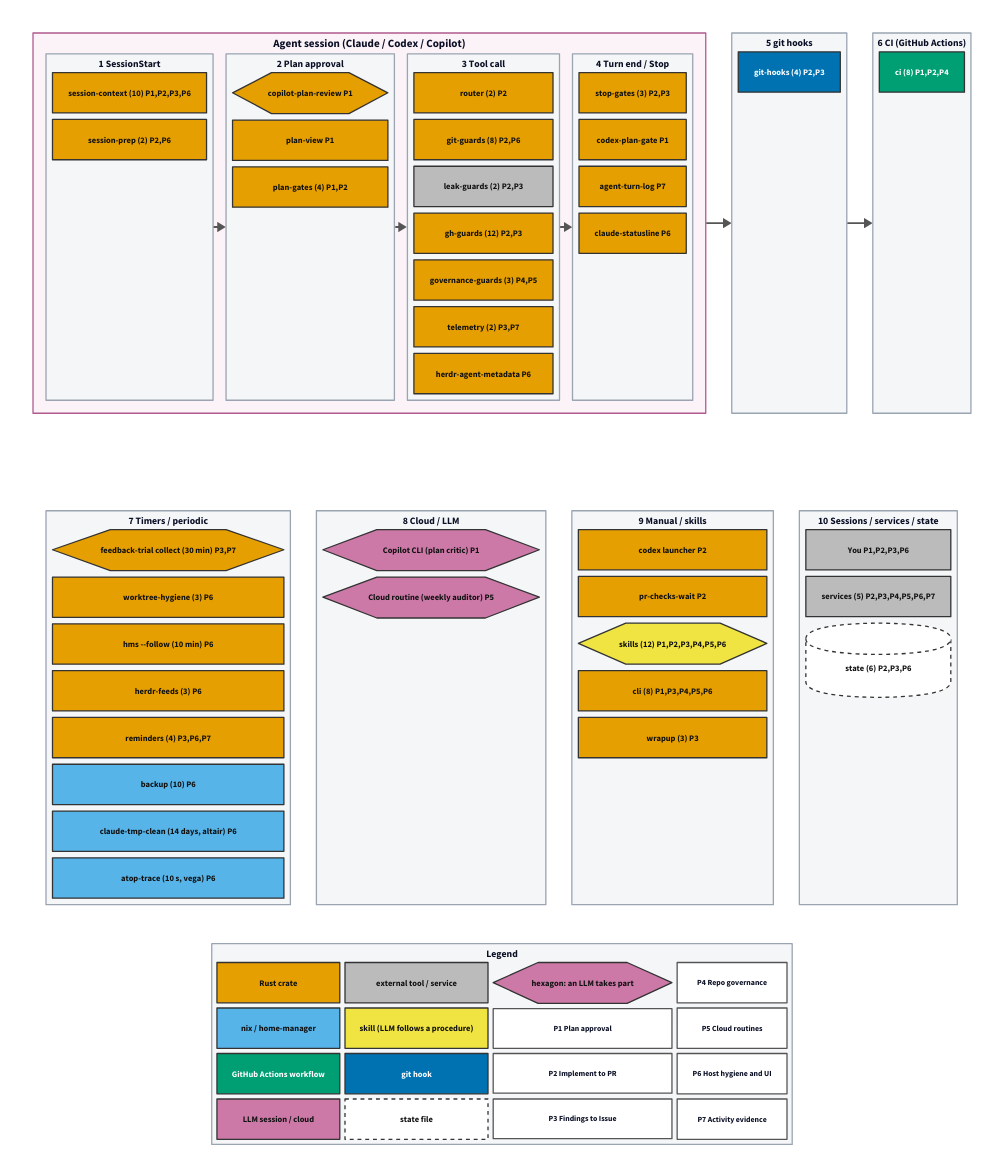
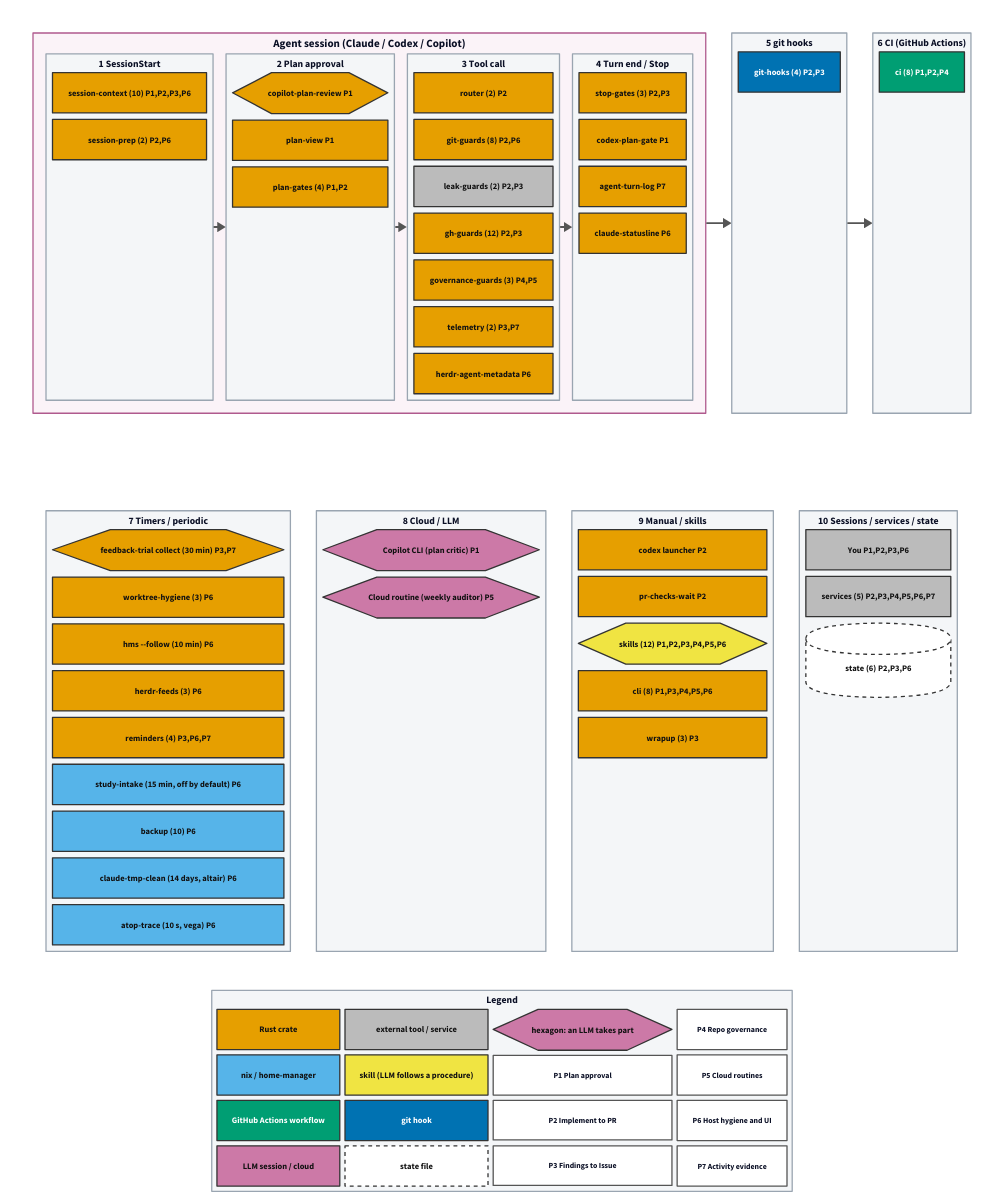
Before and after one commit to tarotene/dotfiles: the diagram in docs/assets/pipeline-map/overview.d2, drawn with D2. The commit also changed 7 other files, not shown here.

Commit message:
feat(study-intake): スキャンした手書きノートの取り込みを回す timer を、既定で止めた状態で足す (#1380)

```diff
--- a/docs/assets/pipeline-map/overview.d2
+++ b/docs/assets/pipeline-map/overview.d2
@@ -286,6 +286,9 @@
     g_reminders: "reminders (4)  P3,P6,P7" {
       class: s_rust
     }
+    g_study_intake: "study-intake (15 min, off by default)  P6" {
+      class: s_nix
+    }
     g_backup: "backup (10)  P6" {
       class: s_nix
     }
```
